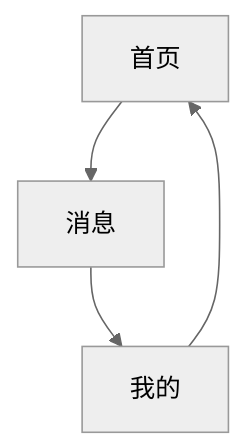
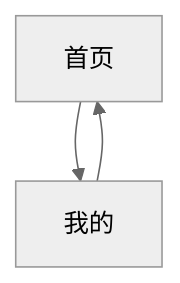
Before and after one commit to sunxuebo91/-: the first of 2 diagrams in .qoder/repowiki/zh/content/前端页面/前端页面.md, drawn with Mermaid (neutral theme). The commit also changed other lines of this file and 24 other files, not shown here.

````diff
--- a/.qoder/repowiki/zh/content/前端页面/前端页面.md
+++ b/.qoder/repowiki/zh/content/前端页面/前端页面.md
@@ -58,6 +75,5 @@
 ```mermaid
 graph TD
-A[首页] --> B[消息]
-B --> C[我的]
-C --> A
+A[首页] --> B[我的]
+B --> A
 ```
````
